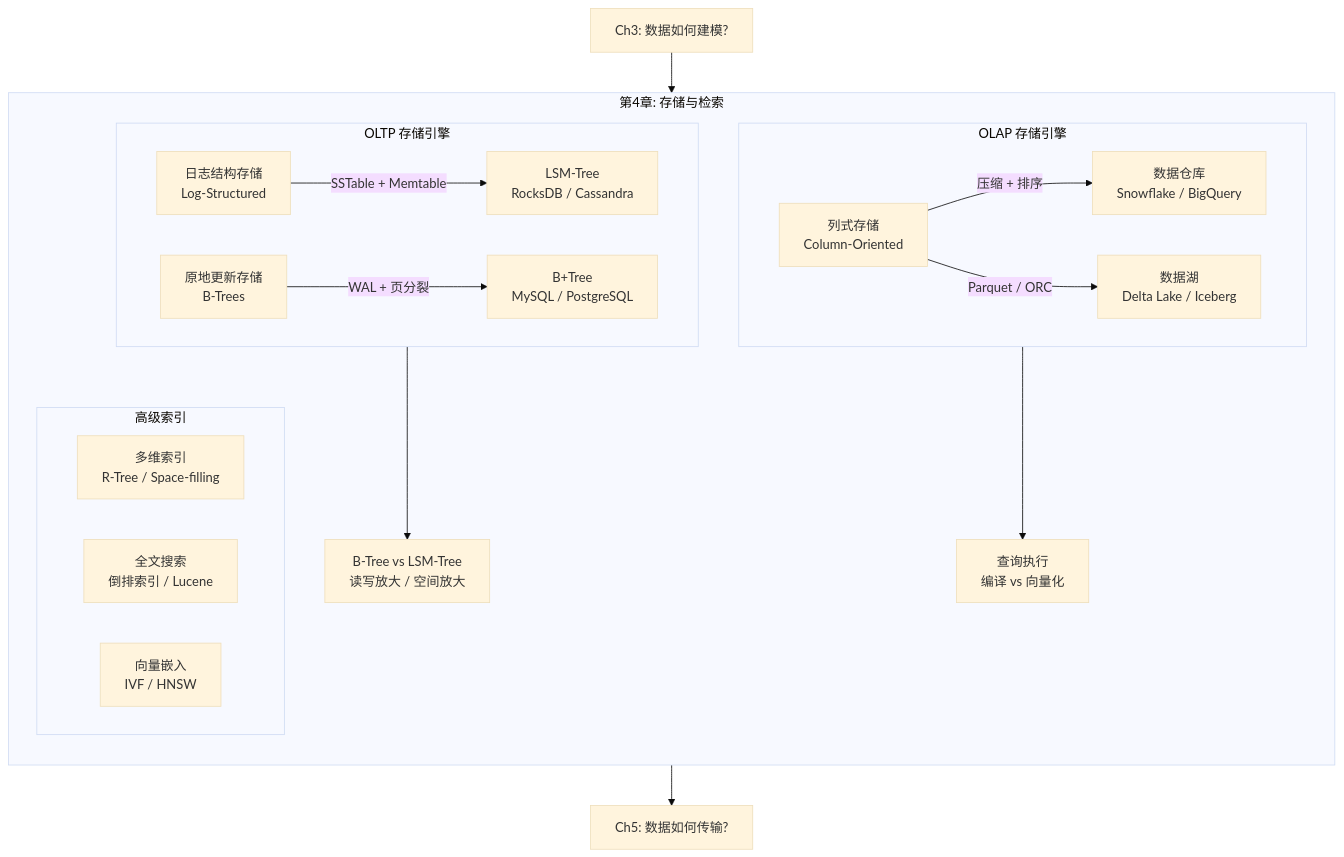
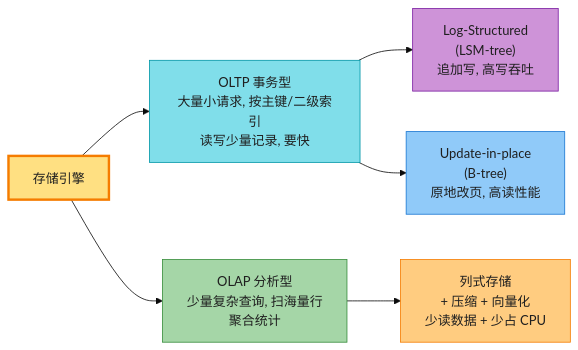
Before and after one commit to socoo123/ddia_2nd: the first of 22 diagrams in ch04-存储与检索.md, drawn with Mermaid (base theme). The commit also changed other lines of this file and 8 other files, not shown here.

First line of the commit message:
重写 ch01-ch09 读书笔记：风格统一 + 内容扩充 + 大量图表

````diff
--- a/ch04-存储与检索.md
+++ b/ch04-存储与检索.md
@@ -54,31 +16,24 @@
 ```mermaid
-graph TB
-    subgraph CH4["第4章: 存储与检索"]
-        direction TB
+flowchart LR
+    ROOT["存储引擎"]
 
-        subgraph OLTP["OLTP 存储引擎"]
-            LOG["日志结构存储<br/>Log-Structured"]
-            BTREE["原地更新存储<br/>B-Trees"]
-            LOG -->|"SSTable + Memtable"| LSM["LSM-Tree<br/>RocksDB / Cassandra"]
-            BTREE -->|"WAL + 页分裂"| RDBMS["B+Tree<br/>MySQL / PostgreSQL"]
-        end
+    OLTP["OLTP 事务型<br/>大量小请求, 按主键/二级索引<br/>读写少量记录, 要快"]
+    OLAP["OLAP 分析型<br/>少量复杂查询, 扫海量行<br/>聚合统计"]
 
-        subgraph OLAP["OLAP 存储引擎"]
-            COL["列式存储<br/>Column-Oriented"]
-            COL -->|"压缩 + 排序"| DW["数据仓库<br/>Snowflake / BigQuery"]
-            COL -->|"Parquet / ORC"| LAKE["数据湖<br/>Delta Lake / Iceberg"]
-        end
+    LSM["Log-Structured<br/>(LSM-tree)<br/>追加写, 高写吞吐"]
+    BT["Update-in-place<br/>(B-tree)<br/>原地改页, 高读性能"]
+    COL["列式存储<br/>+ 压缩 + 向量化<br/>少读数据 + 少占 CPU"]
 
-        subgraph INDEX["高级索引"]
-            MULTI["多维索引<br/>R-Tree / Space-filling"]
-            FTS["全文搜索<br/>倒排索引 / Lucene"]
-            VEC["向量嵌入<br/>IVF / HNSW"]
-        end
+    ROOT --> OLTP
+    ROOT --> OLAP
+    OLTP --> LSM
+    OLTP --> BT
+    OLAP --> COL
 
-        OLTP --> COMPARE["B-Tree vs LSM-Tree<br/>读写放大 / 空间放大"]
-        OLAP --> EXEC["查询执行<br/>编译 vs 向量化"]
-    end
-
-    CH3["Ch3: 数据如何建模?"] --> CH4
-    CH4 --> CH5["Ch5: 数据如何传输?"]
+    style ROOT fill:#FFE082,stroke:#F57C00,color:#1f1f1f,stroke-width:3px
+    style OLTP fill:#80DEEA,stroke:#0097A7,color:#1f1f1f
+    style OLAP fill:#A5D6A7,stroke:#388E3C,color:#1f1f1f
+    style LSM fill:#CE93D8,stroke:#7B1FA2,color:#1f1f1f
+    style BT fill:#90CAF9,stroke:#1976D2,color:#1f1f1f
+    style COL fill:#FFCC80,stroke:#F57C00,color:#1f1f1f
 ```
````
